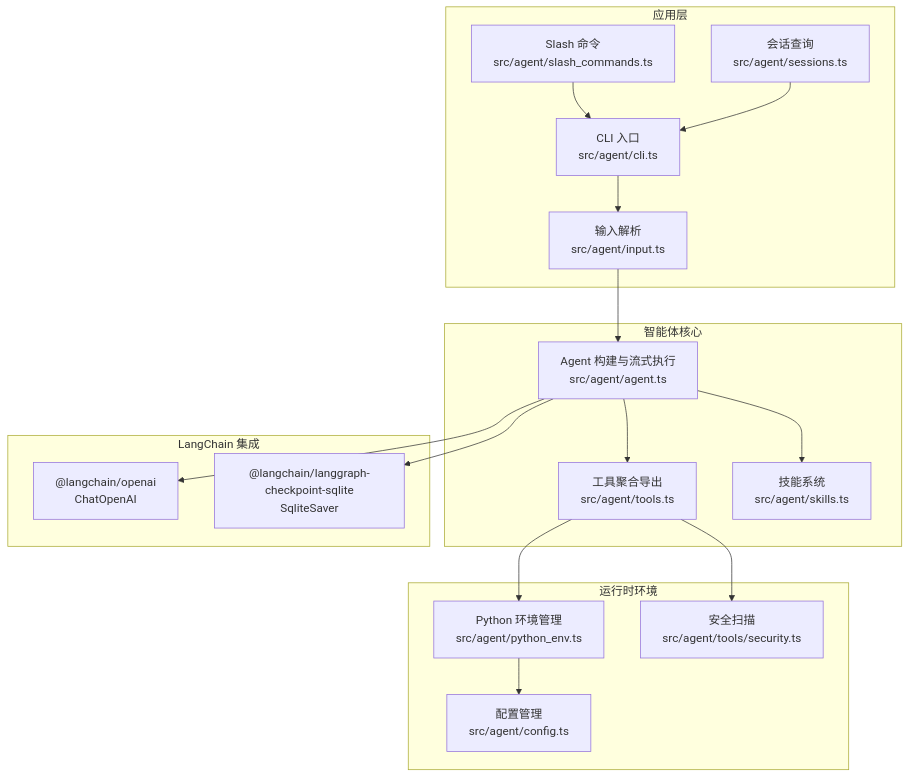
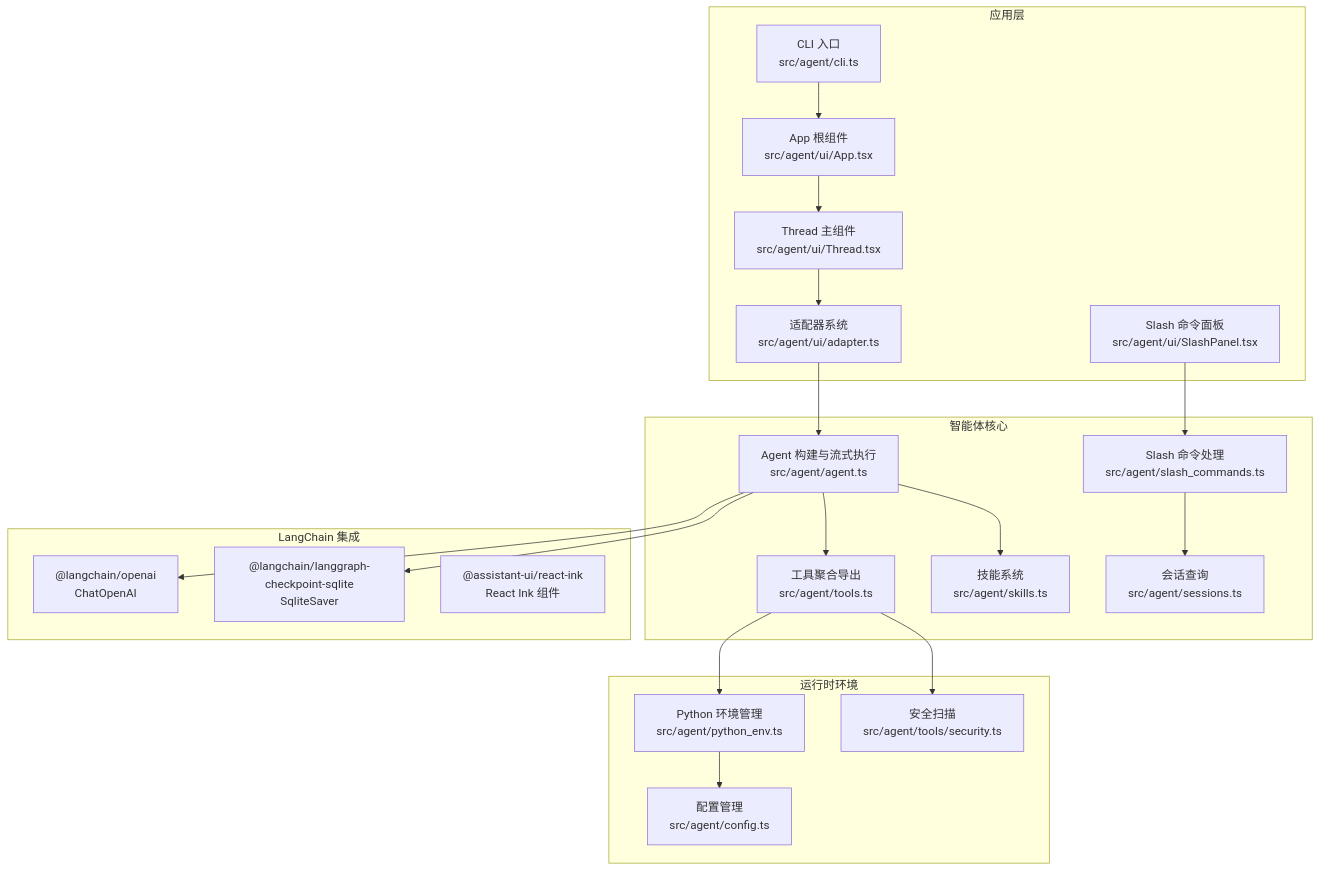
One commit to HAOFUYANG/onion-code changed the first of 13 diagrams in .qoder/repowiki/zh/content/核心架构/核心架构.md. Above: the diagram before and after it, drawn with Mermaid. The commit also changed other lines of this file and 29 other files, not shown here.

````diff
--- a/.qoder/repowiki/zh/content/核心架构/核心架构.md
+++ b/.qoder/repowiki/zh/content/核心架构/核心架构.md
@@ -63,33 +68,38 @@
 ```mermaid
 graph TB
 subgraph "应用层"
 CLI["CLI 入口<br/>src/agent/cli.ts"]
-Input["输入解析<br/>src/agent/input.ts"]
-Slash["Slash 命令<br/>src/agent/slash_commands.ts"]
-Sessions["会话查询<br/>src/agent/sessions.ts"]
+App["App 根组件<br/>src/agent/ui/App.tsx"]
+Thread["Thread 主组件<br/>src/agent/ui/Thread.tsx"]
+Adapter["适配器系统<br/>src/agent/ui/adapter.ts"]
+SlashPanel["Slash 命令面板<br/>src/agent/ui/SlashPanel.tsx"]
 end
 subgraph "智能体核心"
 Agent["Agent 构建与流式执行<br/>src/agent/agent.ts"]
 Tools["工具聚合导出<br/>src/agent/tools.ts"]
 Skills["技能系统<br/>src/agent/skills.ts"]
+SlashCmd["Slash 命令处理<br/>src/agent/slash_commands.ts"]
+Sessions["会话查询<br/>src/agent/sessions.ts"]
 end
 subgraph "LangChain 集成"
 Model["@langchain/openai<br/>ChatOpenAI"]
 Checkpoint["@langchain/langgraph-checkpoint-sqlite<br/>SqliteSaver"]
+AssistantUI["@assistant-ui/react-ink<br/>React Ink 组件"]
 end
 subgraph "运行时环境"
 Config["配置管理<br/>src/agent/config.ts"]
 PyEnv["Python 环境管理<br/>src/agent/python_env.ts"]
 Security["安全扫描<br/>src/agent/tools/security.ts"]
 end
-CLI --> Input --> Agent
-Slash --> CLI
-Sessions --> CLI
+CLI --> App --> Thread --> Adapter
+Adapter --> Agent
 Agent --> Model
 Agent --> Checkpoint
 Agent --> Tools
 Agent --> Skills
 Tools --> PyEnv
 Tools --> Security
 PyEnv --> Config
+SlashPanel --> SlashCmd
+SlashCmd --> Sessions
 ```
````
